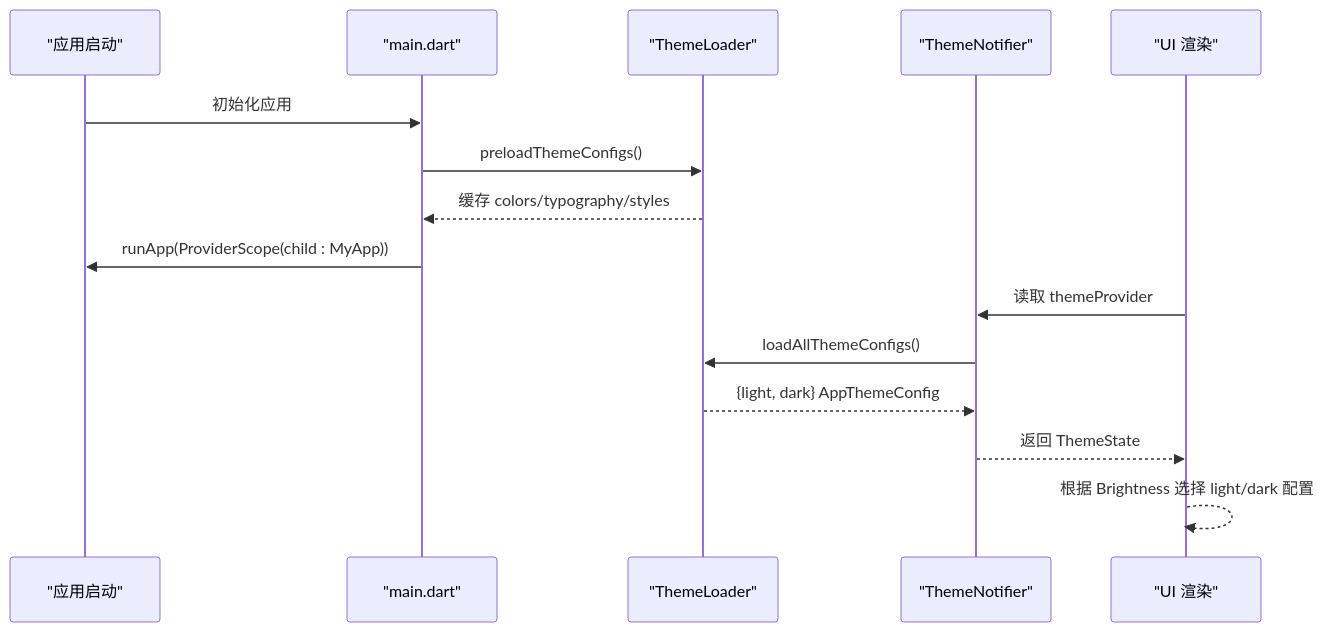
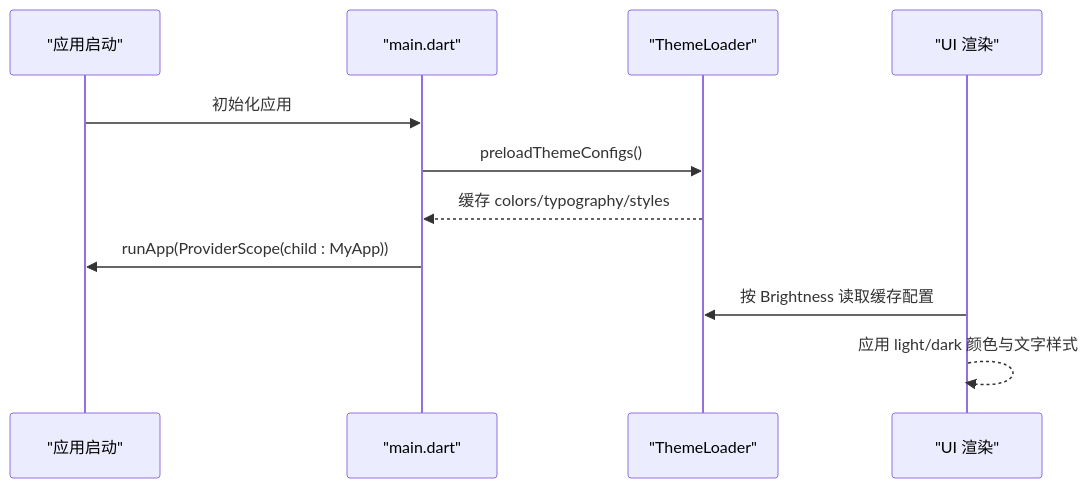
The third of 7 diagrams in .qoder/repowiki/zh/content/扩展开发/扩展开发.md (ZTfer/Tinycast), drawn with Mermaid before and after one commit. The commit also changed other lines of this file and 34 other files, not shown here.

````diff
--- a/.qoder/repowiki/zh/content/扩展开发/扩展开发.md
+++ b/.qoder/repowiki/zh/content/扩展开发/扩展开发.md
@@ -176,17 +171,13 @@
 ```mermaid
 sequenceDiagram
 participant App as "应用启动"
 participant Main as "main.dart"
 participant Loader as "ThemeLoader"
-participant Notifier as "ThemeNotifier"
 participant UI as "UI 渲染"
 App->>Main : 初始化应用
 Main->>Loader : preloadThemeConfigs()
 Loader-->>Main : 缓存 colors/typography/styles
 Main->>App : runApp(ProviderScope(child : MyApp))
-UI->>Notifier : 读取 themeProvider
-Notifier->>Loader : loadAllThemeConfigs()
-Loader-->>Notifier : {light, dark} AppThemeConfig
-Notifier-->>UI : 返回 ThemeState
-UI-->>UI : 根据 Brightness 选择 light/dark 配置
+UI->>Loader : 按 Brightness 读取缓存配置
+UI-->>UI : 应用 light/dark 颜色与文字样式
 ```
````
